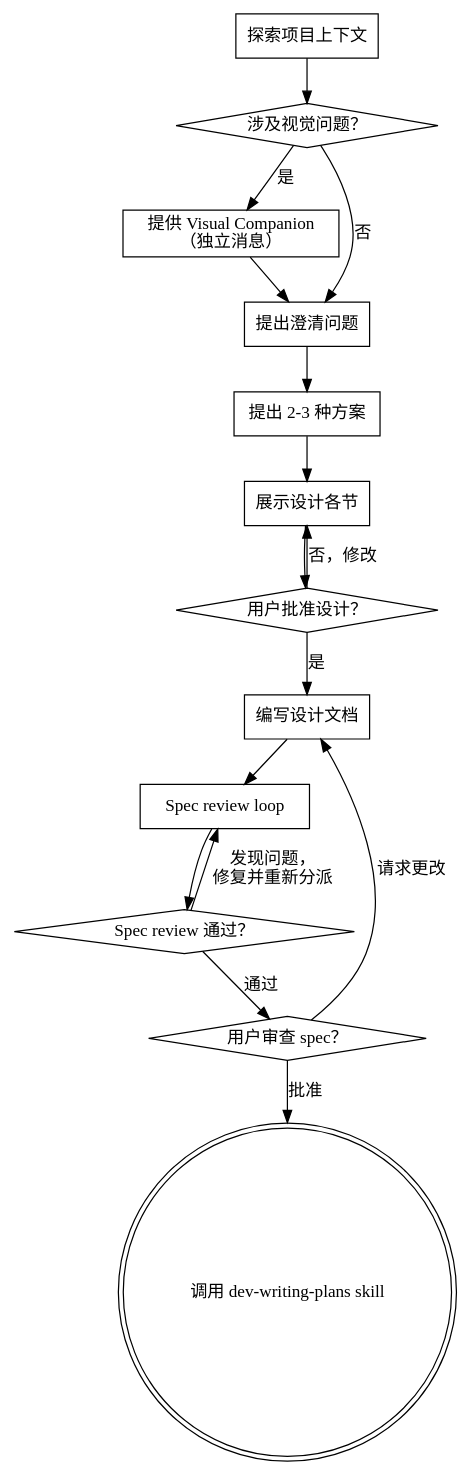
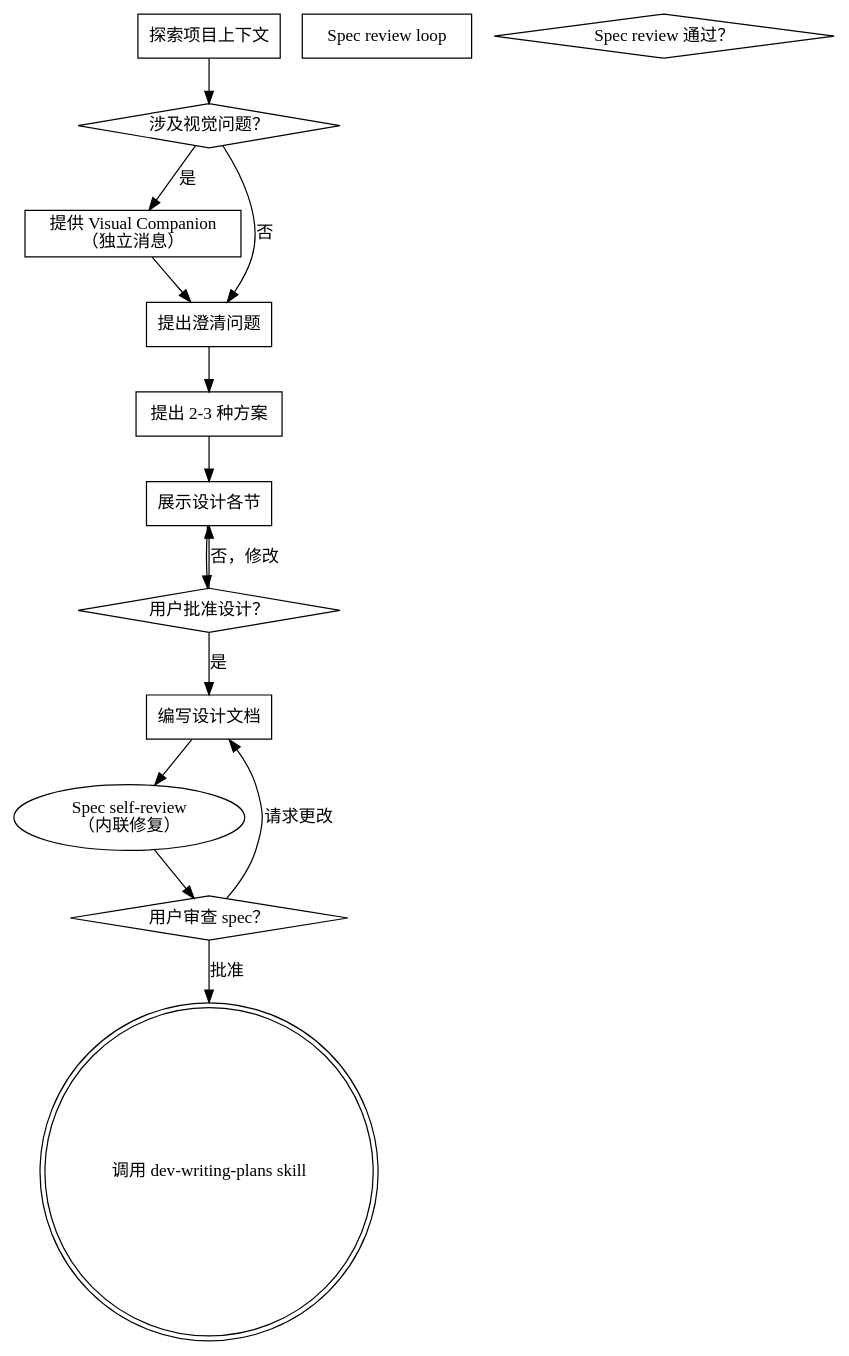
The diagram in skills/dev-brainstorming/SKILL.md (moyueheng/coding-everything), drawn with Graphviz before and after one commit. The commit also changed other lines of this file and 3 other files, not shown here.

````diff
--- a/skills/dev-brainstorming/SKILL.md
+++ b/skills/dev-brainstorming/SKILL.md
@@ -38,32 +38,31 @@
 ```dot
 digraph brainstorming {
     "探索项目上下文" [shape=box];
     "涉及视觉问题？" [shape=diamond];
     "提供 Visual Companion\n（独立消息）" [shape=box];
     "提出澄清问题" [shape=box];
     "提出 2-3 种方案" [shape=box];
     "展示设计各节" [shape=box];
     "用户批准设计？" [shape=diamond];
     "编写设计文档" [shape=box];
     "Spec review loop" [shape=box];
     "Spec review 通过？" [shape=diamond];
     "用户审查 spec？" [shape=diamond];
     "调用 dev-writing-plans skill" [shape=doublecircle];
 
     "探索项目上下文" -> "涉及视觉问题？";
     "涉及视觉问题？" -> "提供 Visual Companion\n（独立消息）" [label="是"];
     "涉及视觉问题？" -> "提出澄清问题" [label="否"];
     "提供 Visual Companion\n（独立消息）" -> "提出澄清问题";
     "提出澄清问题" -> "提出 2-3 种方案";
     "提出 2-3 种方案" -> "展示设计各节";
     "展示设计各节" -> "用户批准设计？";
     "用户批准设计？" -> "展示设计各节" [label="否，修改"];
     "用户批准设计？" -> "编写设计文档" [label="是"];
-    "编写设计文档" -> "Spec review loop";
-    "Spec review loop" -> "Spec review 通过？";
-    "Spec review 通过？" -> "Spec review loop" [label="发现问题，\n修复并重新分派"];
-    "Spec review 通过？" -> "用户审查 spec？" [label="通过"];
+    "编写设计文档" -> "Spec self-review\n（内联修复）";
+    "Spec self-review\n（内联修复）" -> "用户审查 spec？";
+
     "用户审查 spec？" -> "编写设计文档" [label="请求更改"];
     "用户审查 spec？" -> "调用 dev-writing-plans skill" [label="批准"];
 }
 ```
````
